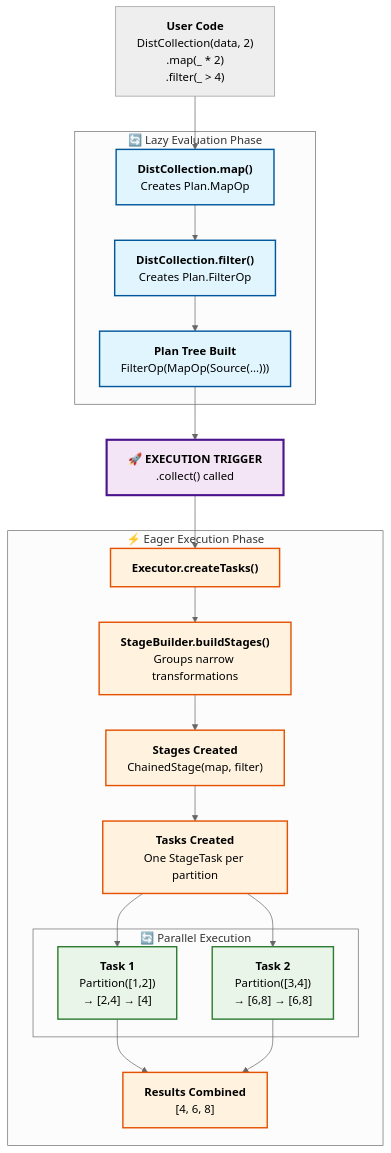
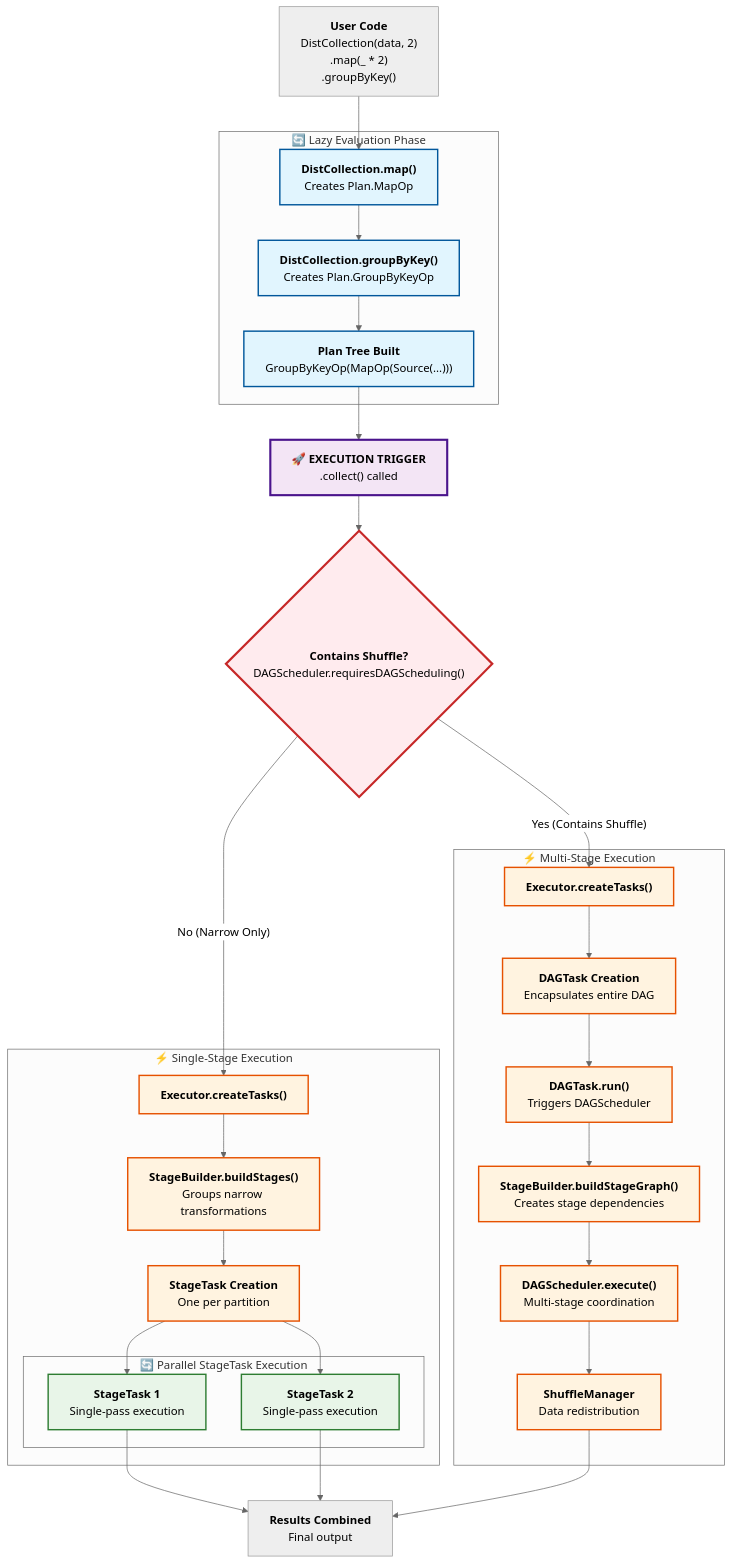
Before and after one commit to ewoodbury/scarlet: the diagram in ARCHITECTURE.md, drawn with Mermaid (neutral theme). The commit also changed other lines of this file and 3 other files, not shown here.

````diff
--- a/ARCHITECTURE.md
+++ b/ARCHITECTURE.md
@@ -113,44 +162,59 @@
     User["`**User Code**
     DistCollection(data, 2)
     .map(_ * 2)
-    .filter(_ > 4)`"]
+    .groupByKey()`"]
     
     %% Planning Layer (Lazy)
     subgraph Lazy["🔄 Lazy Evaluation Phase"]
         DC1["`**DistCollection.map()**
         Creates Plan.MapOp`"]
-        DC2["`**DistCollection.filter()**
-        Creates Plan.FilterOp`"]
+        DC2["`**DistCollection.groupByKey()**
+        Creates Plan.GroupByKeyOp`"]
         PlanTree["`**Plan Tree Built**
-        FilterOp(MapOp(Source(...)))`"]
+        GroupByKeyOp(MapOp(Source(...)))`"]
     end
     
     %% Execution Trigger
     Trigger["`**🚀 EXECUTION TRIGGER**
     .collect() called`"]
     
-    %% Execution Phase
-    subgraph Execution["⚡ Eager Execution Phase"]
-        Executor["`**Executor.createTasks()**`"]
-        StageBuilder["`**StageBuilder.buildStages()**
+    %% Execution Decision
+    Decision{"`**Contains Shuffle?**
+    DAGScheduler.requiresDAGScheduling()`"}
+    
+    %% Single-Stage Path
+    subgraph SingleStage["⚡ Single-Stage Execution"]
+        Executor1["`**Executor.createTasks()**`"]
+        StageBuilder1["`**StageBuilder.buildStages()**
         Groups narrow transformations`"]
-        Stages["`**Stages Created**
-        ChainedStage(map, filter)`"]
-        Tasks["`**Tasks Created**
-        One StageTask per partition`"]
+        StageTasks["`**StageTask Creation**
+        One per partition`"]
         
-        subgraph Parallel["🔄 Parallel Execution"]
-            Task1["`**Task 1**
-            Partition([1,2])
-            → [2,4] → [4]`"]
-            Task2["`**Task 2** 
-            Partition([3,4])
-            → [6,8] → [6,8]`"]
+        subgraph ParallelSingle["🔄 Parallel StageTask Execution"]
+            StageTask1["`**StageTask 1**
+            Single-pass execution`"]
+            StageTask2["`**StageTask 2**
+            Single-pass execution`"]
         end
-        
-        Results["`**Results Combined**
-        [4, 6, 8]`"]
     end
+    
+    %% Multi-Stage Path  
+    subgraph MultiStage["⚡ Multi-Stage Execution"]
+        Executor2["`**Executor.createTasks()**`"]
+        DAGTaskCreate["`**DAGTask Creation**
+        Encapsulates entire DAG`"]
+        DAGExecution["`**DAGTask.run()**
+        Triggers DAGScheduler`"]
+        StageBuilder2["`**StageBuilder.buildStageGraph()**
+        Creates stage dependencies`"]
+        DAGScheduler["`**DAGScheduler.execute()**
+        Multi-stage coordination`"]
+        ShuffleManager["`**ShuffleManager**
+        Data redistribution`"]
+    end
+    
+    Results["`**Results Combined**
+    Final output`"]
     
     %% Flow connections
     User --> DC1
@@ -158,23 +222,36 @@
     DC2 --> PlanTree
     PlanTree --> Trigger
     
-    Trigger --> Executor
-    Executor --> StageBuilder
-    StageBuilder --> Stages
-    Stages --> Tasks
-    Tasks --> Task1
-    Tasks --> Task2
-    Task1 --> Results
-    Task2 --> Results
+    Trigger --> Decision
+    Decision -->|"No (Narrow Only)"| Executor1
+    Decision -->|"Yes (Contains Shuffle)"| Executor2
+    
+    %% Single-stage flow
+    Executor1 --> StageBuilder1
+    StageBuilder1 --> StageTasks
+    StageTasks --> StageTask1
+    StageTasks --> StageTask2
+    StageTask1 --> Results
+    StageTask2 --> Results
+    
+    %% Multi-stage flow
+    Executor2 --> DAGTaskCreate
+    DAGTaskCreate --> DAGExecution
+    DAGExecution --> StageBuilder2
+    StageBuilder2 --> DAGScheduler
+    DAGScheduler --> ShuffleManager
+    ShuffleManager --> Results
     
     %% Styling
     classDef lazy fill:#e1f5fe,stroke:#01579b,stroke-width:2px
     classDef execution fill:#fff3e0,stroke:#e65100,stroke-width:2px
     classDef trigger fill:#f3e5f5,stroke:#4a148c,stroke-width:3px
     classDef parallel fill:#e8f5e8,stroke:#2e7d32,stroke-width:2px
+    classDef decision fill:#ffebee,stroke:#c62828,stroke-width:3px
     
     class DC1,DC2,PlanTree lazy
-    class Executor,StageBuilder,Stages,Tasks,Results execution
+    class Executor1,StageBuilder1,StageTasks,Executor2,DAGTaskCreate,DAGExecution,StageBuilder2,DAGScheduler,ShuffleManager execution
     class Trigger trigger
-    class Task1,Task2 parallel
+    class StageTask1,StageTask2 parallel
+    class Decision decision
 ```
````
